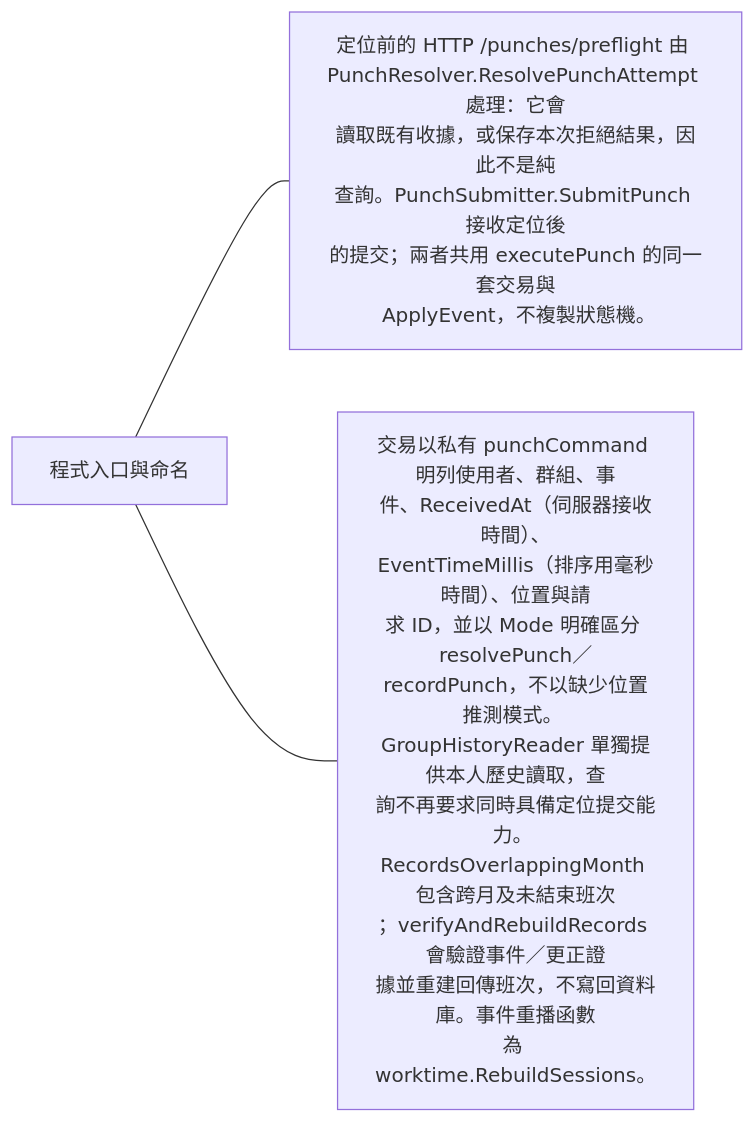
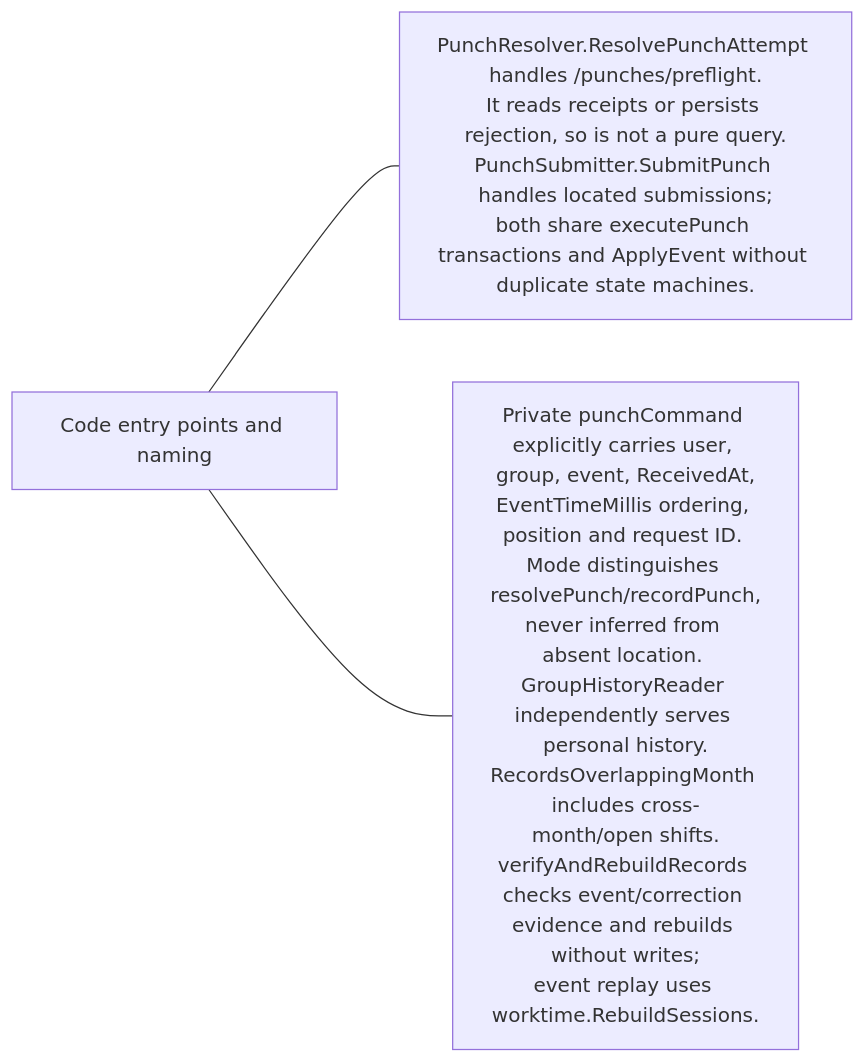
Diagram 14 of 15 in docs/domains/attendance/README.md (963sup/line-mini-app-bot), drawn with Mermaid before and after one commit. The commit also changed other lines of this file and 341 other files, not shown here.

````diff
--- a/docs/domains/attendance/README.md
+++ b/docs/domains/attendance/README.md
@@ -238,6 +252,6 @@
 ```mermaid
 flowchart LR
-  h["程式入口與命名"]
-  h --- n0["定位前的 HTTP /punches/preflight 由 <br/>PunchResolver.ResolvePunchAttempt 處理：它會<br/>讀取既有收據，或保存本次拒絕結果，因此不是純<br/>查詢。PunchSubmitter.SubmitPunch 接收定位後<br/>的提交；兩者共用 executePunch 的同一套交易與<br/> ApplyEvent，不複製狀態機。"]
-  h --- n1["交易以私有 punchCommand 明列使用者、群組、事<br/>件、ReceivedAt（伺服器接收時間）、<br/>EventTimeMillis（排序用毫秒時間）、位置與請<br/>求 ID，並以 Mode 明確區分 resolvePunch／<br/>recordPunch，不以缺少位置推測模式。 <br/>GroupHistoryReader 單獨提供本人歷史讀取，查<br/>詢不再要求同時具備定位提交能力。 <br/>RecordsOverlappingMonth 包含跨月及未結束班次<br/>；verifyAndRebuildRecords 會驗證事件／更正證<br/>據並重建回傳班次，不寫回資料庫。事件重播函數<br/>為 worktime.RebuildSessions。"]
+  h["Code entry points and naming"]
+  h --- n0["PunchResolver.ResolvePunchAttempt handles /punches/preflight.<br/>It reads receipts or persists rejection, so is not a pure query.<br/>PunchSubmitter.SubmitPunch handles located submissions;<br/>both share executePunch transactions and ApplyEvent without duplicate state machines."]
+  h --- n1["Private punchCommand explicitly carries user, group, event, ReceivedAt,<br/>EventTimeMillis ordering, position and request ID. Mode distinguishes resolvePunch/recordPunch,<br/>never inferred from absent location. GroupHistoryReader independently serves personal history.<br/>RecordsOverlappingMonth includes cross-month/open shifts.<br/>verifyAndRebuildRecords checks event/correction evidence and rebuilds without writes;<br/>event replay uses worktime.RebuildSessions."]
 ```
````
